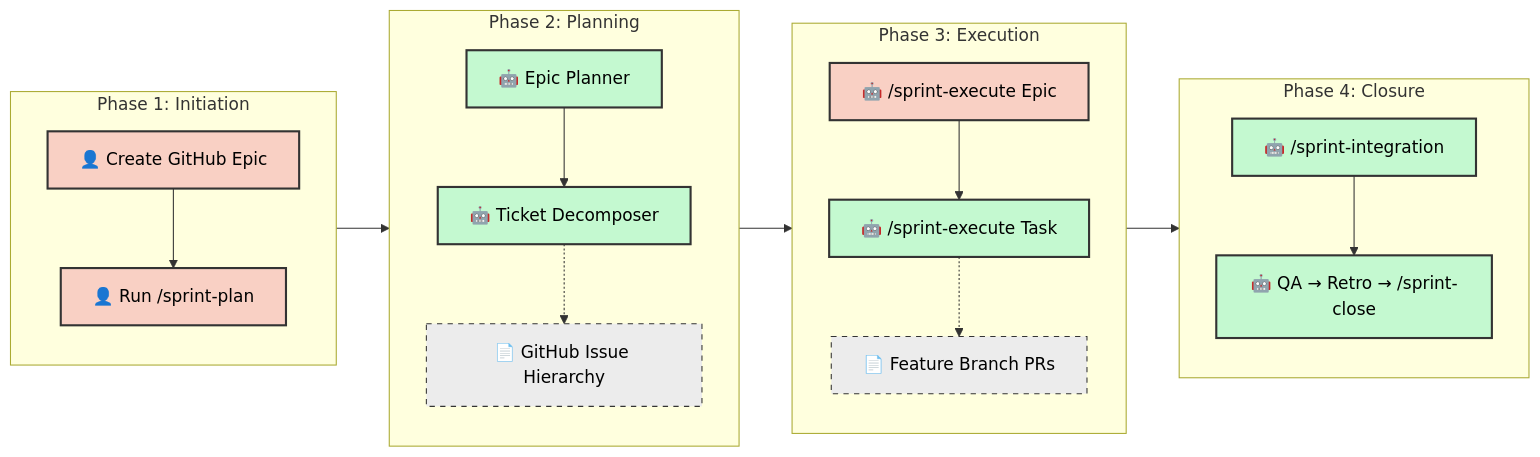
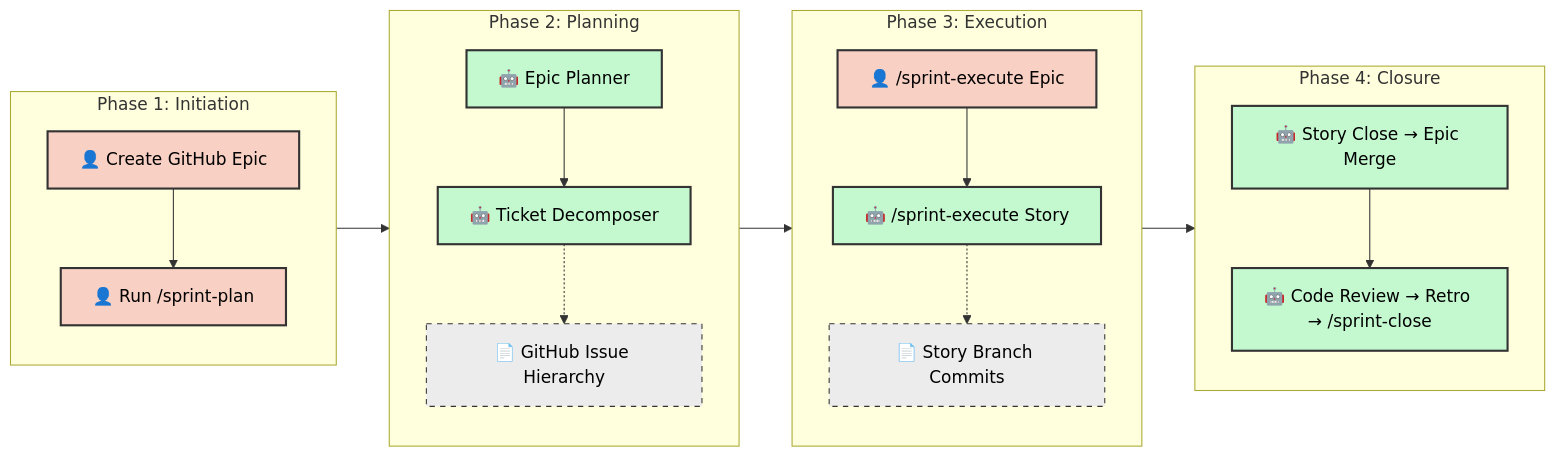
One commit to dsj1984/agent-protocols changed the diagram in .agents/SDLC.md. Above: the diagram before and after it, drawn with Mermaid. The commit also changed other lines of this file and 4 other files, not shown here.

````diff
--- a/.agents/SDLC.md
+++ b/.agents/SDLC.md
@@ -25,40 +27,40 @@
 ```mermaid
 graph LR
     classDef manual fill:#f9d0c4,stroke:#333,stroke-width:2px,color:#000;
     classDef agentic fill:#c4f9d0,stroke:#333,stroke-width:2px,color:#000;
     classDef artifact fill:#ececec,stroke:#333,stroke-width:1px,stroke-dasharray: 5 5,color:#000;
 
     subgraph Phase1 ["Phase 1: Initiation"]
         direction TB
         A["👤 Create GitHub Epic"]:::manual
         B["👤 Run /sprint-plan"]:::manual
         A --> B
     end
 
     subgraph Phase2 ["Phase 2: Planning"]
         direction TB
         C["🤖 Epic Planner"]:::agentic
         D["🤖 Ticket Decomposer"]:::agentic
         C --> D
         D -.-> D_Art["📄 GitHub Issue Hierarchy"]:::artifact
     end
 
     subgraph Phase3 ["Phase 3: Execution"]
         direction TB
-        E["🤖 /sprint-execute Epic"]:::manual
-        F["🤖 /sprint-execute Task"]:::agentic
+        E["👤 /sprint-execute Epic"]:::manual
+        F["🤖 /sprint-execute Story"]:::agentic
         E --> F
-        F -.-> F_Art["📄 Feature Branch PRs"]:::artifact
+        F -.-> F_Art["📄 Story Branch Commits"]:::artifact
     end
 
     subgraph Phase4 ["Phase 4: Closure"]
         direction TB
-        G["🤖 /sprint-integration"]:::agentic
-        H["🤖 QA → Retro → /sprint-close"]:::agentic
+        G["🤖 Story Close → Epic Merge"]:::agentic
+        H["🤖 Code Review → Retro → /sprint-close"]:::agentic
         G --> H
     end
 
     B --> C
     D --> E
     F --> G
 ```
````
